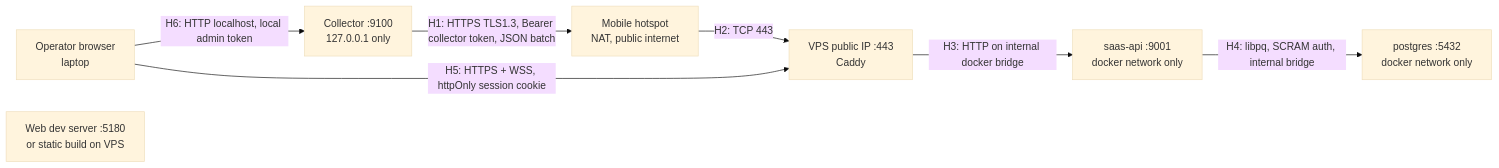
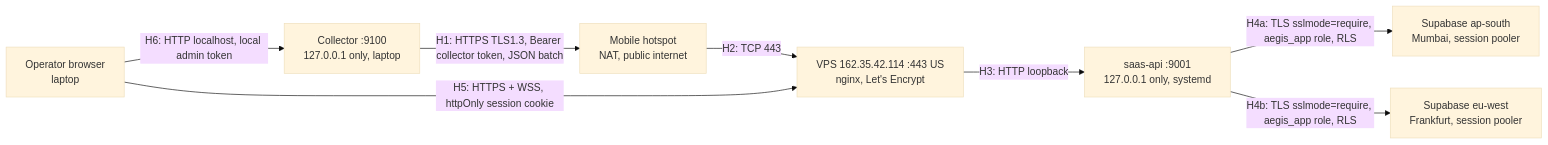
Before and after one commit to JoelJacobRoji/CICADA_Hackathon: the second of 5 diagrams in docs/architecture/ARCHITECTURE.md, drawn with Mermaid (base theme). The commit also changed other lines of this file and 14 other files, not shown here.

````diff
--- a/docs/architecture/ARCHITECTURE.md
+++ b/docs/architecture/ARCHITECTURE.md
@@ -57,17 +57,18 @@
 ```mermaid
 flowchart LR
   B["Operator browser<br/>laptop"]
-  C["Collector :9100<br/>127.0.0.1 only"]
-  W["Web dev server :5180<br/>or static build on VPS"]
+  C["Collector :9100<br/>127.0.0.1 only, laptop"]
   HS["Mobile hotspot<br/>NAT, public internet"]
-  V["VPS public IP :443<br/>Caddy"]
-  API["saas-api :9001<br/>docker network only"]
-  PG["postgres :5432<br/>docker network only"]
+  V["VPS 162.35.42.114 :443 US<br/>nginx, Let's Encrypt"]
+  API["saas-api :9001<br/>127.0.0.1 only, systemd"]
+  SA["Supabase ap-south<br/>Mumbai, session pooler"]
+  SE["Supabase eu-west<br/>Frankfurt, session pooler"]
 
   C -- "H1: HTTPS TLS1.3, Bearer collector token, JSON batch" --> HS
   HS -- "H2: TCP 443" --> V
-  V -- "H3: HTTP on internal docker bridge" --> API
-  API -- "H4: libpq, SCRAM auth, internal bridge" --> PG
+  V -- "H3: HTTP loopback" --> API
+  API -- "H4a: TLS sslmode=require, aegis_app role, RLS" --> SA
+  API -- "H4b: TLS sslmode=require, aegis_app role, RLS" --> SE
   B -- "H5: HTTPS + WSS, httpOnly session cookie" --> V
   B -- "H6: HTTP localhost, local admin token" --> C
 ```
````
